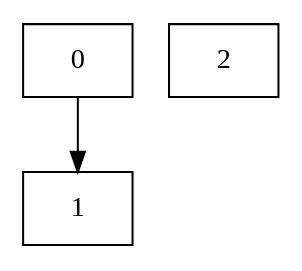
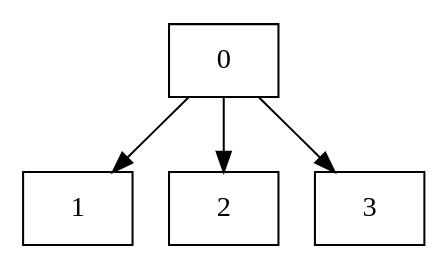
Before and after one commit to sola-st/wasm-call-graphs: the diagram in data/microbenchmarks-raw-data/indirect-call-index-expr-load-interprocedural-result/tool-evaluation-data/wassail/callgraph.dot, drawn with Graphviz. The commit also changed 267 other files, not shown here.

```diff
--- a/data/microbenchmarks-raw-data/indirect-call-index-expr-load-interprocedural-result/tool-evaluation-data/wassail/callgraph.dot
+++ b/data/microbenchmarks-raw-data/indirect-call-index-expr-load-interprocedural-result/tool-evaluation-data/wassail/callgraph.dot
@@ -1,7 +1,12 @@
 digraph "Call graph" {
 node0 [shape=record, label="{0}"];
 node1 [shape=record, label="{1}"];
 node2 [shape=record, label="{2}"];
+node3 [shape=record, label="{3}"];
 node0 -> node1;
 
+node0 -> node2;
+
+node0 -> node3;
+
 }
```
